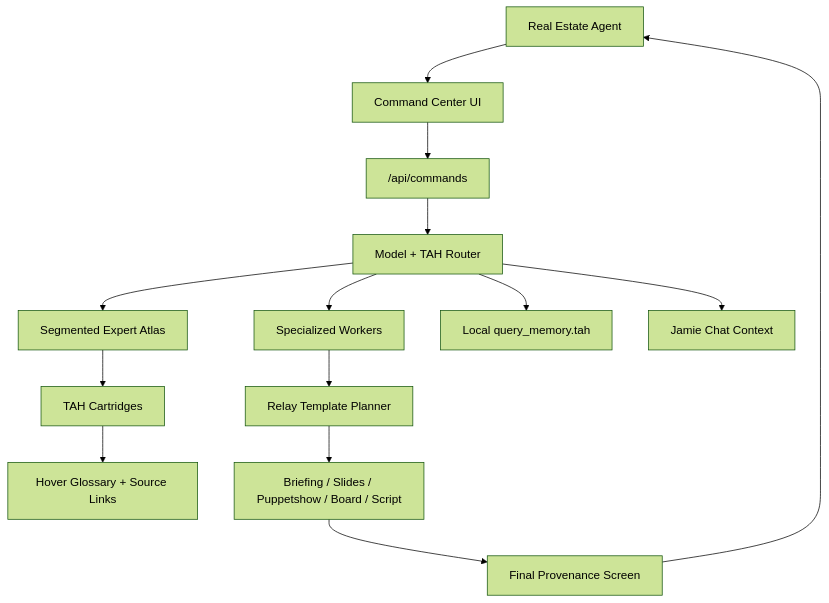
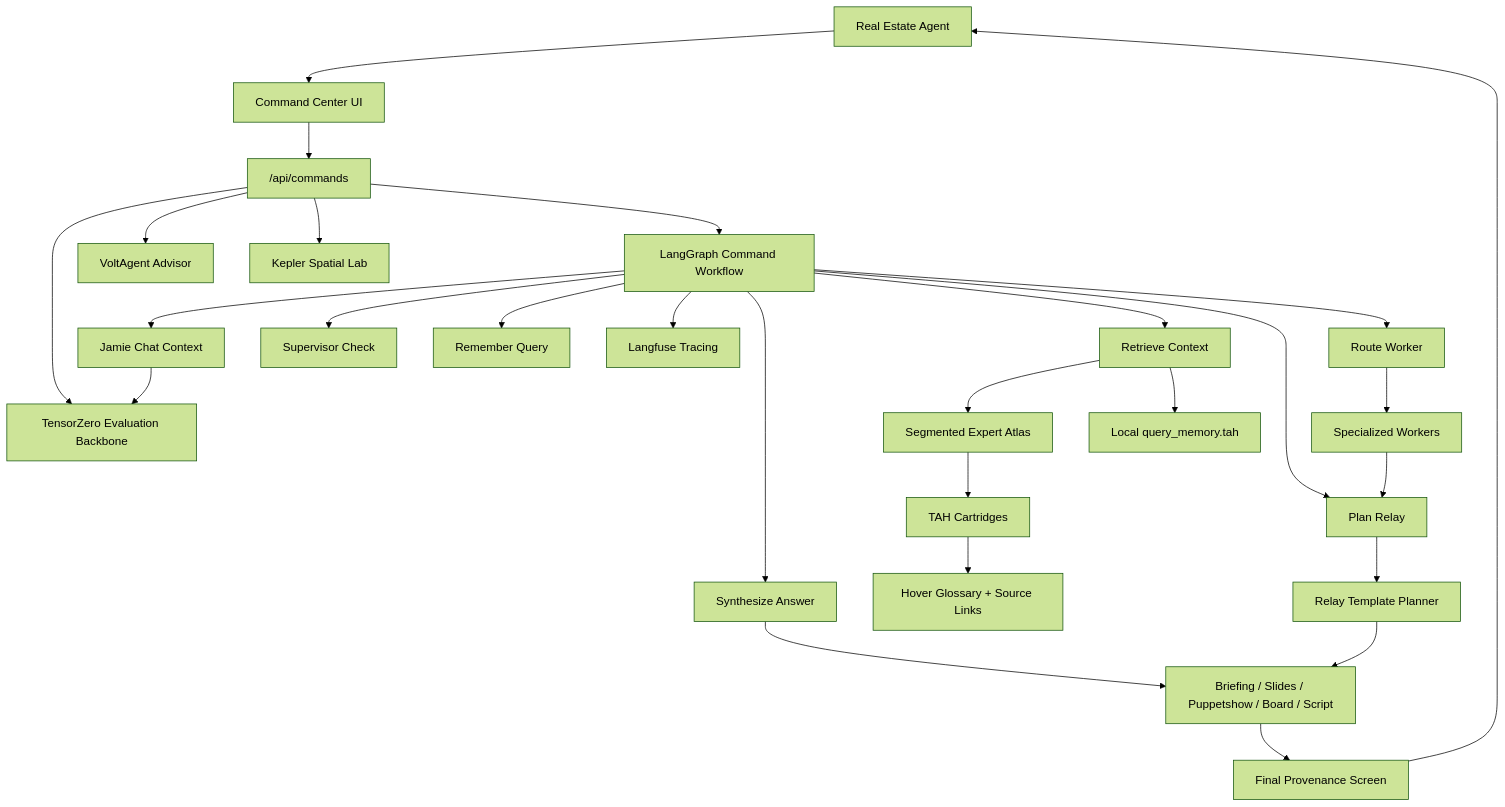
Before and after one commit to tahsrz/sunset-pulse: the diagram in README.md, drawn with Mermaid (forest theme). The commit also changed other lines of this file and 42 other files, not shown here.

Commit message:
Tensor langfuse and chain

````diff
--- a/README.md
+++ b/README.md
@@ -59,16 +82,29 @@
 ```mermaid
 flowchart TD
   Agent["Real Estate Agent"] --> UI["Command Center UI"]
   UI --> API["/api/commands"]
-  API --> Router["Model + TAH Router"]
-  Router --> Workers["Specialized Workers"]
-  Router --> Atlas["Segmented Expert Atlas"]
-  Router --> Memory["Local query_memory.tah"]
-  Router --> Jamie["Jamie Chat Context"]
+  API --> Graph["LangGraph Command Workflow"]
+  Graph --> Route["Route Worker"]
+  Graph --> Retrieve["Retrieve Context"]
+  Graph --> Plan["Plan Relay"]
+  Graph --> Synthesize["Synthesize Answer"]
+  Graph --> Supervise["Supervisor Check"]
+  Graph --> Remember["Remember Query"]
+  Graph --> Observe["Langfuse Tracing"]
+  API --> TZero["TensorZero Evaluation Backbone"]
+  API --> Volt["VoltAgent Advisor"]
+  API --> Kepler["Kepler Spatial Lab"]
+  Route --> Workers["Specialized Workers"]
+  Retrieve --> Atlas["Segmented Expert Atlas"]
+  Retrieve --> Memory["Local query_memory.tah"]
+  Graph --> Jamie["Jamie Chat Context"]
+  Jamie --> TZero
   Atlas --> TAH["TAH Cartridges"]
   TAH --> Glossary["Hover Glossary + Source Links"]
-  Workers --> Relay["Relay Template Planner"]
-  Relay --> Output["Briefing / Slides / Puppetshow / Board / Script"]
+  Workers --> Plan
+  Plan --> Relay["Relay Template Planner"]
+  Synthesize --> Output["Briefing / Slides / Puppetshow / Board / Script"]
+  Relay --> Output
   Output --> Final["Final Provenance Screen"]
   Final --> Agent
 ```
````
